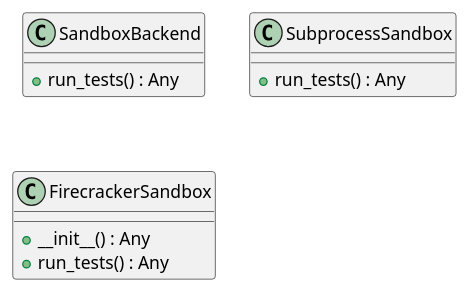
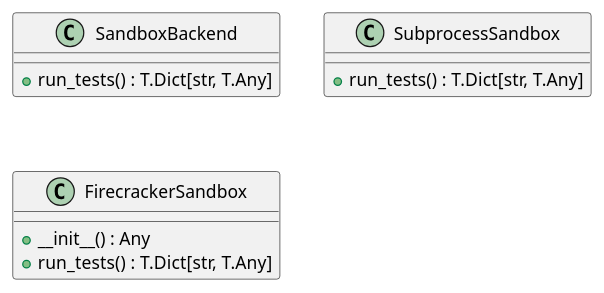
One commit to lgcorzo/llmops-python-package changed the first of 6 diagrams in openwiki/modules/src/autogen_team/application/mcp/tools/run_tests.md. Above: the diagram before and after it, drawn with PlantUML. The commit also changed other lines of this file and 155 other files, not shown here.

````diff
--- a/openwiki/modules/src/autogen_team/application/mcp/tools/run_tests.md
+++ b/openwiki/modules/src/autogen_team/application/mcp/tools/run_tests.md
@@ -62,14 +71,14 @@
 ```plantuml
 @startuml
     class SandboxBackend {
-        +run_tests() : Any
+        +run_tests() : T.Dict[str, T.Any]
     }
     class SubprocessSandbox {
-        +run_tests() : Any
+        +run_tests() : T.Dict[str, T.Any]
     }
     class FirecrackerSandbox {
         +__init__() : Any
-        +run_tests() : Any
+        +run_tests() : T.Dict[str, T.Any]
     }
 @enduml
 ```
````
